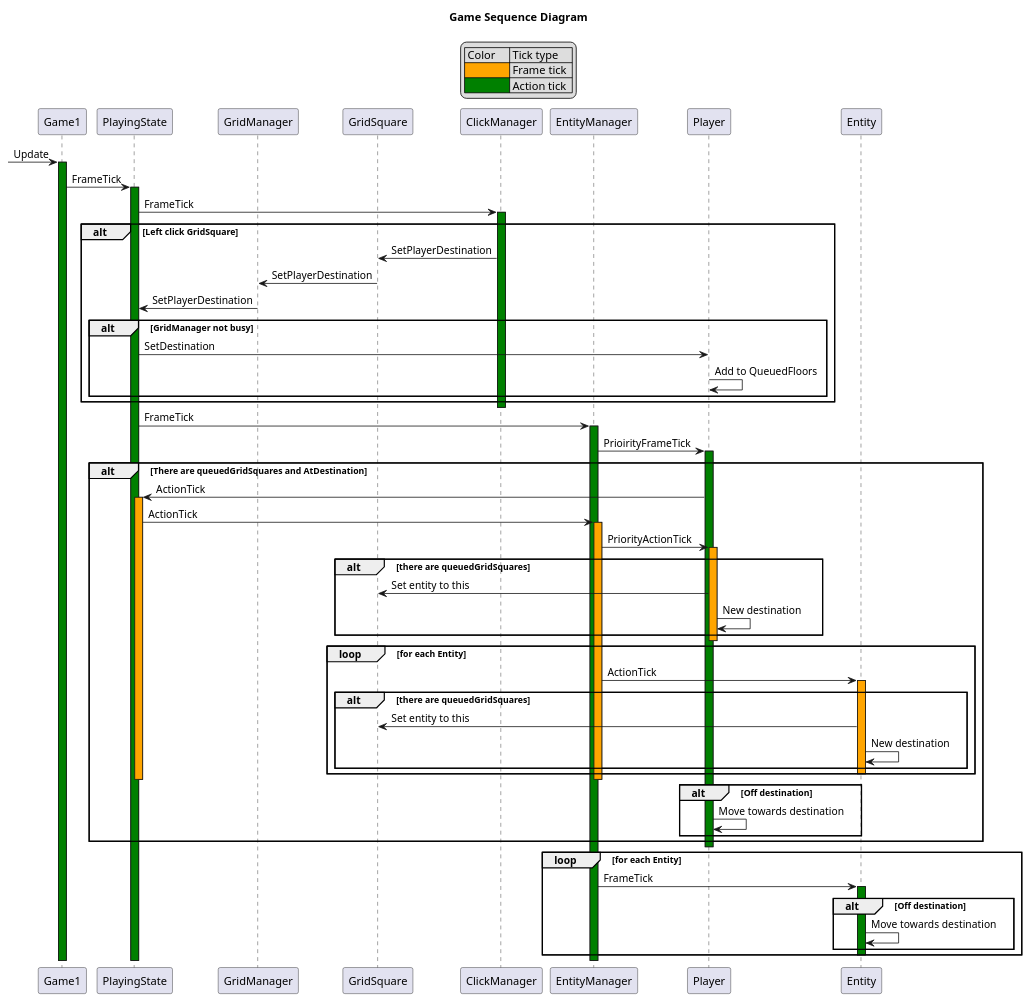
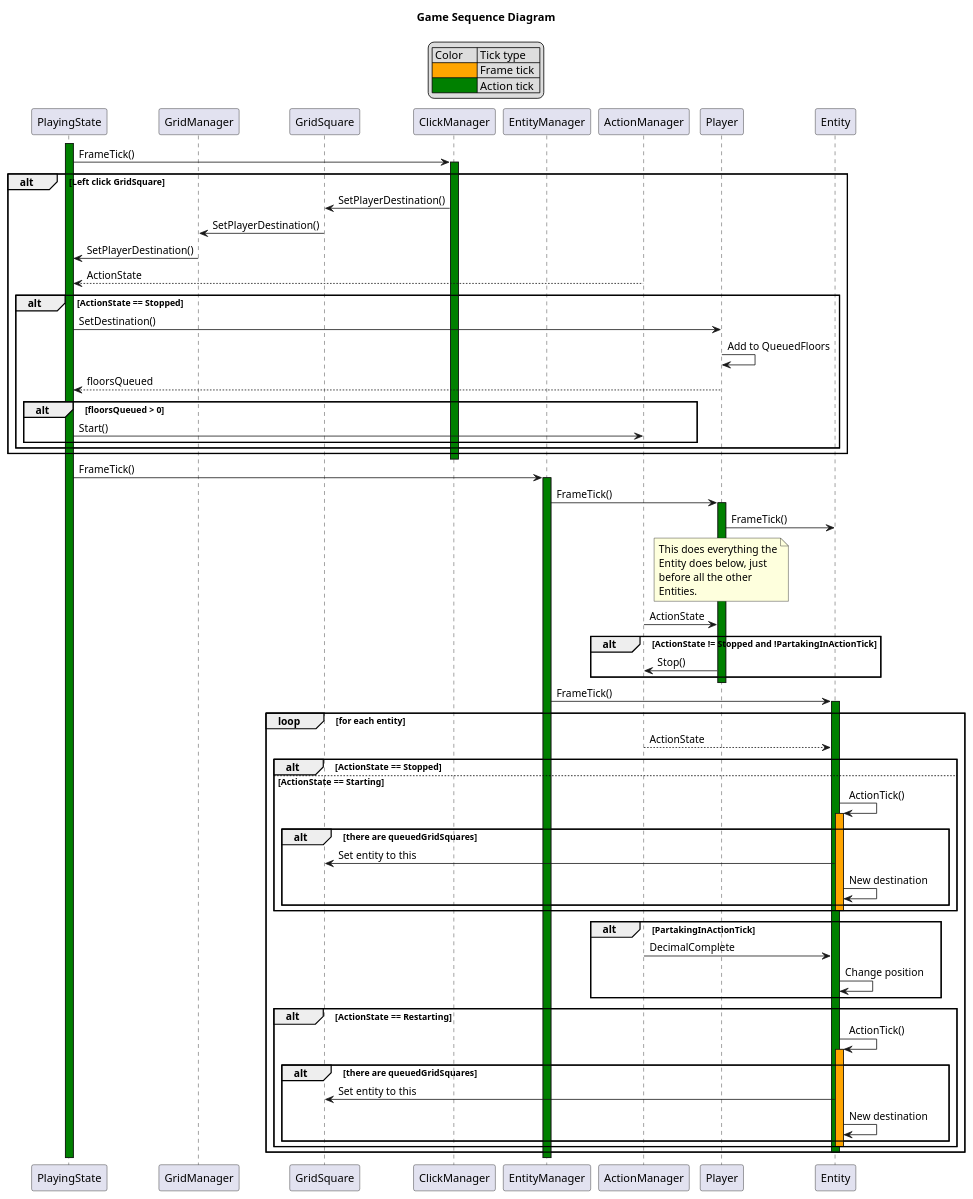
Before and after one commit to campbellmbrown/dungeon-crawler: the diagram in docs/game-timing-diagram.puml, drawn with PlantUML. The commit also changed 6 other files, not shown here.

```diff
--- a/docs/game-timing-diagram.puml
+++ b/docs/game-timing-diagram.puml
@@ -1,81 +1,86 @@
 @startuml Game Sequence Diagram
 title Game Sequence Diagram
 
-participant Game1
 participant PlayingState
 participant GridManager
 participant GridSquare
 participant ClickManager
 participant EntityManager
+participant ActionManager
 participant Player
 participant Entity
 
--> Game1 : Update
-activate Game1 #Green
-    Game1 -> PlayingState : FrameTick
-    activate PlayingState #Green
-        PlayingState -> ClickManager : FrameTick
-        activate ClickManager #Green
-            alt Left click GridSquare
-                ClickManager -> GridSquare : SetPlayerDestination
-                GridSquare -> GridManager : SetPlayerDestination
-                GridManager -> PlayingState : SetPlayerDestination
-                alt GridManager not busy
-                    PlayingState -> Player : SetDestination
-                    Player -> Player : Add to QueuedFloors
+activate PlayingState #Green
+    PlayingState -> ClickManager : FrameTick()
+    activate ClickManager #Green
+        alt Left click GridSquare
+            ClickManager -> GridSquare : SetPlayerDestination()
+            GridSquare -> GridManager : SetPlayerDestination()
+            GridManager -> PlayingState : SetPlayerDestination()
+            ActionManager --> PlayingState : ActionState
+            alt ActionState == Stopped
+                PlayingState -> Player : SetDestination()
+                Player -> Player : Add to QueuedFloors
+                Player --> PlayingState : floorsQueued
+                alt floorsQueued > 0
+                    PlayingState -> ActionManager : Start()
                 end
             end
-        deactivate ClickManager
+        end
+    deactivate ClickManager
 
-        PlayingState -> EntityManager : FrameTick
-        activate EntityManager #Green
-            EntityManager -> Player : PrioirityFrameTick
-            activate Player #Green
-                alt There are queuedGridSquares and AtDestination
-                    Player -> PlayingState : ActionTick
-                    activate PlayingState #Orange
-                        PlayingState -> EntityManager : ActionTick
-                        activate EntityManager #Orange
-                            EntityManager -> Player : PriorityActionTick
-                            activate Player #Orange
-                                alt there are queuedGridSquares
-                                    Player -> GridSquare : Set entity to this
-                                    Player -> Player : New destination
-                                end
-                            deactivate Player
-                            loop for each Entity
-                                EntityManager -> Entity : ActionTick
-                                activate Entity #Orange
-                                    alt there are queuedGridSquares
-                                        Entity -> GridSquare : Set entity to this
-                                        Entity -> Entity : New destination
-                                    end
-                                deactivate Entity
-                            end
-                        deactivate EntityManager
-                    deactivate PlayingState
-                    alt Off destination
-                        Player -> Player : Move towards destination
-                    end
+    PlayingState -> EntityManager : FrameTick()
+    activate EntityManager #Green
+        EntityManager -> Player : FrameTick()
+        activate Player #Green
+            Player -> Entity : FrameTick()
+            note over Player
+                This does everything the
+                Entity does below, just
+                before all the other
+                Entities.
+            end note
+            ActionManager -> Player : ActionState
+            alt ActionState != Stopped and !PartakingInActionTick
+                Player -> ActionManager : Stop()
+            end
+        deactivate Player
+        EntityManager -> Entity : FrameTick()
+        loop for each entity
+            activate Entity #Green
+                ActionManager --> Entity : ActionState
+                alt ActionState == Stopped
+                else ActionState == Starting
+                    Entity -> Entity : ActionTick()
+                    activate Entity #Orange
+                        alt there are queuedGridSquares
+                            Entity -> GridSquare : Set entity to this
+                            Entity -> Entity : New destination
+                        end
+                    deactivate Entity
                 end
-            deactivate Player
-
-            loop for each Entity
-                EntityManager -> Entity : FrameTick
-                activate Entity #Green
-                    alt Off destination
-                        Entity -> Entity : Move towards destination
-                    end
-                deactivate Entity
-            end
-        deactivate EntityManager
-    deactivate PlayingState
-deactivate Game1
+                alt PartakingInActionTick
+                    ActionManager -> Entity : DecimalComplete
+                    Entity -> Entity : Change position
+                end
+                alt ActionState == Restarting
+                    Entity -> Entity : ActionTick()
+                    activate Entity #Orange
+                        alt there are queuedGridSquares
+                            Entity -> GridSquare : Set entity to this
+                            Entity -> Entity : New destination
+                        end
+                    deactivate Entity
+                end
+            deactivate Entity
+        end
+    deactivate EntityManager
+deactivate PlayingState
 
 legend top
     | Color     | Tick type   |
     | <#Orange> | Frame tick  |
     | <#Green>  | Action tick |
 endlegend
 
 @enduml
```
